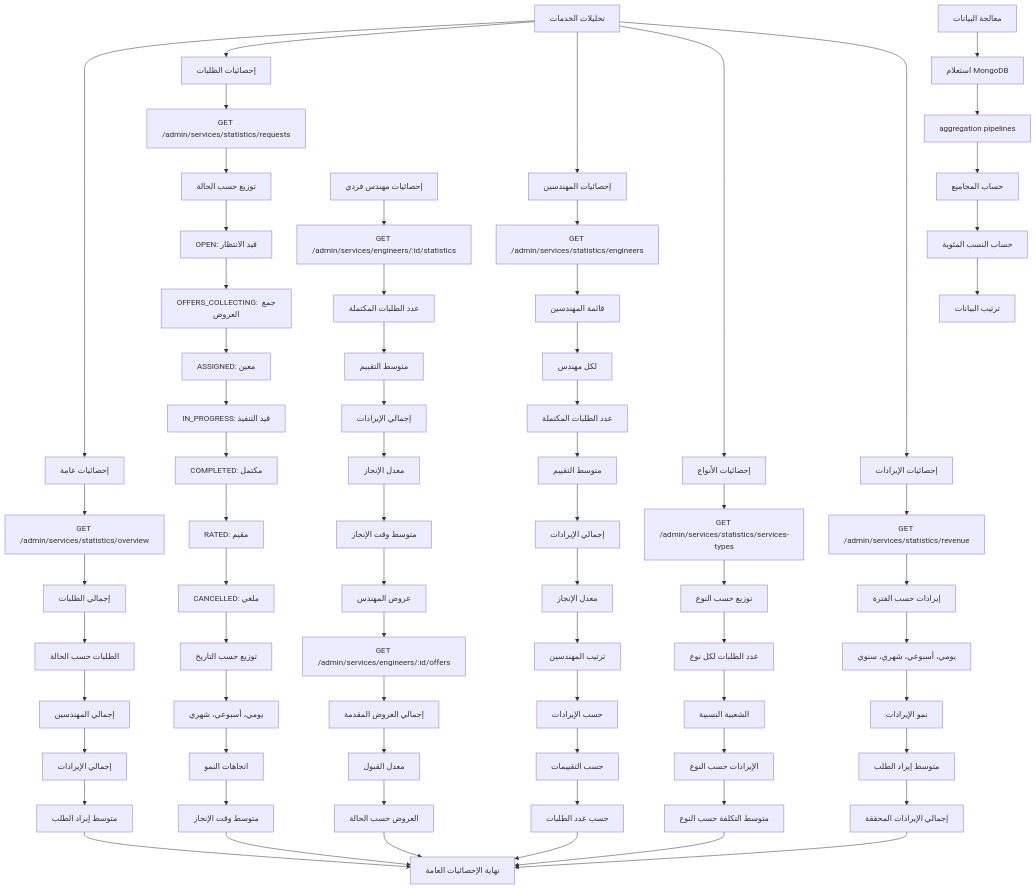
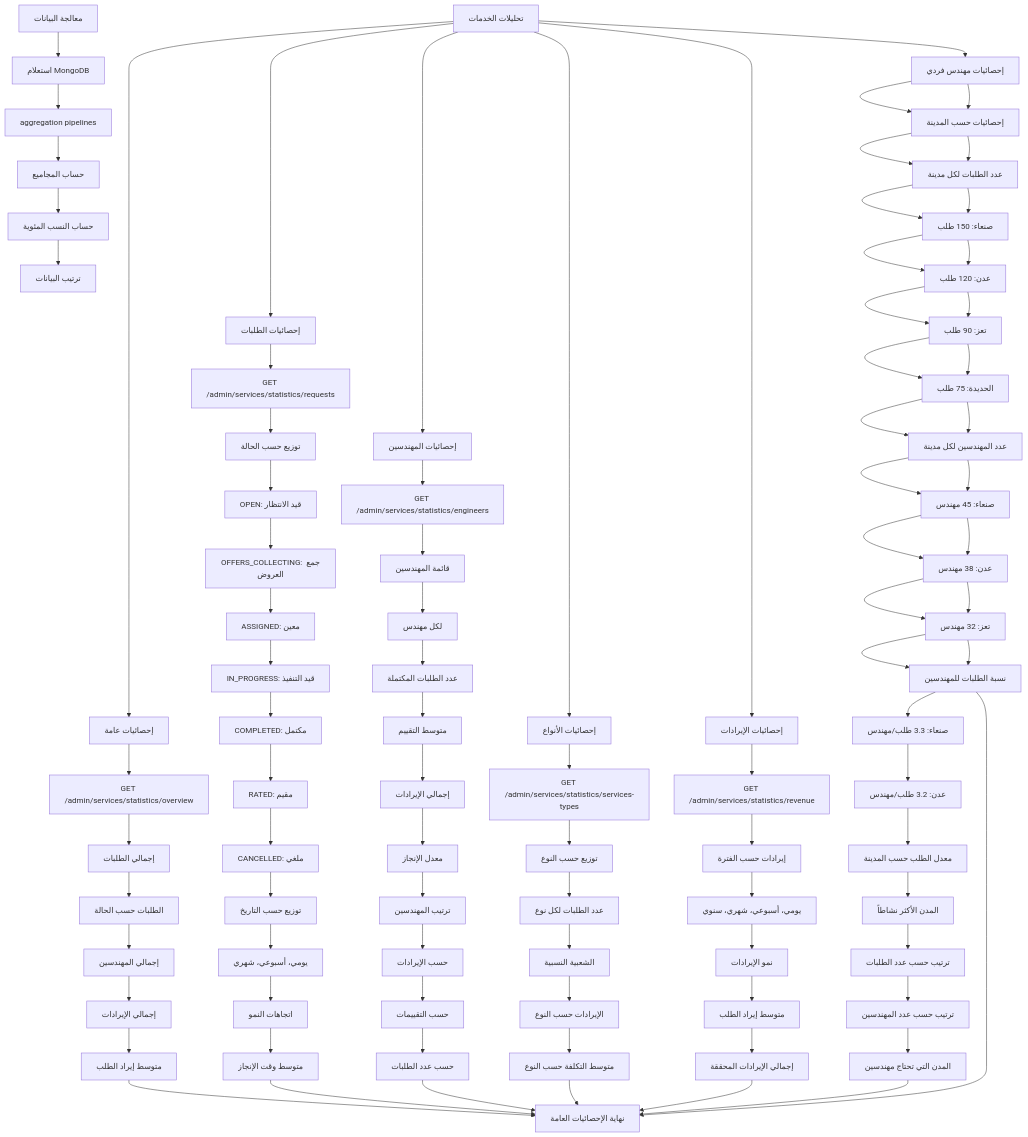
One commit to mpro775/tagdod-project changed the diagram in docs/requirements/flows/services/service-analytics.mmd. Above: the diagram before and after it, drawn with Mermaid. The commit also changed 126 other files, not shown here.

```diff
--- a/docs/requirements/flows/services/service-analytics.mmd
+++ b/docs/requirements/flows/services/service-analytics.mmd
@@ -1,91 +1,116 @@
 %% Service Analytics Flow
 %% View at https://mermaid.live
 flowchart TD
   A[تحليلات الخدمات] --> B[إحصائيات عامة]
   A --> C[إحصائيات الطلبات]
   A --> D[إحصائيات المهندسين]
   A --> E[إحصائيات الأنواع]
   A --> F[إحصائيات الإيرادات]
+  A --> G[إحصائيات المدن ⭐ جديد]
 
   %% Overview Statistics
   B --> B1[GET /admin/services/statistics/overview]
   B1 --> B2[إجمالي الطلبات]
   B2 --> B3[الطلبات حسب الحالة]
   B3 --> B4[إجمالي المهندسين]
   B4 --> B5[إجمالي الإيرادات]
   B5 --> B6[متوسط إيراد الطلب]
 
   %% Request Statistics
   C --> C1[GET /admin/services/statistics/requests]
   C1 --> C2[توزيع حسب الحالة]
   C2 --> C3[OPEN: قيد الانتظار]
   C3 --> C4[OFFERS_COLLECTING: جمع العروض]
   C4 --> C5[ASSIGNED: معين]
   C5 --> C6[IN_PROGRESS: قيد التنفيذ]
   C6 --> C7[COMPLETED: مكتمل]
   C7 --> C8[RATED: مقيم]
   C8 --> C9[CANCELLED: ملغي]
 
   C9 --> C10[توزيع حسب التاريخ]
   C10 --> C11[يومي، أسبوعي، شهري]
   C11 --> C12[اتجاهات النمو]
   C12 --> C13[متوسط وقت الإنجاز]
 
   %% Engineer Statistics
   D --> D1[GET /admin/services/statistics/engineers]
   D1 --> D2[قائمة المهندسين]
   D2 --> D3[لكل مهندس]
   D3 --> D4[عدد الطلبات المكتملة]
   D4 --> D5[متوسط التقييم]
   D5 --> D6[إجمالي الإيرادات]
   D6 --> D7[معدل الإنجاز]
 
   D7 --> D8[ترتيب المهندسين]
   D8 --> D9[حسب الإيرادات]
   D9 --> D10[حسب التقييمات]
   D10 --> D11[حسب عدد الطلبات]
 
   %% Service Types Statistics
   E --> E1[GET /admin/services/statistics/services-types]
   E1 --> E2[توزيع حسب النوع]
   E2 --> E3[عدد الطلبات لكل نوع]
   E3 --> E4[الشعبية النسبية]
   E4 --> E5[الإيرادات حسب النوع]
   E5 --> E6[متوسط التكلفة حسب النوع]
 
   %% Revenue Statistics
   F --> F1[GET /admin/services/statistics/revenue]
   F1 --> F2[إيرادات حسب الفترة]
   F2 --> F3[يومي، أسبوعي، شهري، سنوي]
   F3 --> F4[نمو الإيرادات]
   F4 --> F5[متوسط إيراد الطلب]
   F5 --> F6[إجمالي الإيرادات المحققة]
 
   %% Individual Engineer Stats
   G[إحصائيات مهندس فردي] --> G1[GET /admin/services/engineers/:id/statistics]
   G1 --> G2[عدد الطلبات المكتملة]
   G2 --> G3[متوسط التقييم]
   G3 --> G4[إجمالي الإيرادات]
   G4 --> G5[معدل الإنجاز]
   G5 --> G6[متوسط وقت الإنجاز]
 
   G6 --> G7[عروض المهندس]
   G7 --> G8[GET /admin/services/engineers/:id/offers]
   G8 --> G9[إجمالي العروض المقدمة]
   G9 --> G10[معدل القبول]
   G10 --> G11[العروض حسب الحالة]
 
   %% Data Processing
   H[معالجة البيانات] --> H1[استعلام MongoDB]
   H1 --> H2[aggregation pipelines]
   H2 --> H3[حساب المجاميع]
   H3 --> H4[حساب النسب المئوية]
   H4 --> H5[ترتيب البيانات]
 
+  %% City Statistics ⭐ New
+  G --> G1[إحصائيات حسب المدينة]
+  G1 --> G2[عدد الطلبات لكل مدينة]
+  G2 --> G3[صنعاء: 150 طلب]
+  G3 --> G4[عدن: 120 طلب]
+  G4 --> G5[تعز: 90 طلب]
+  G5 --> G6[الحديدة: 75 طلب]
+  
+  G6 --> G7[عدد المهندسين لكل مدينة]
+  G7 --> G8[صنعاء: 45 مهندس]
+  G8 --> G9[عدن: 38 مهندس]
+  G9 --> G10[تعز: 32 مهندس]
+  
+  G10 --> G11[نسبة الطلبات للمهندسين]
+  G11 --> G12[صنعاء: 3.3 طلب/مهندس]
+  G12 --> G13[عدن: 3.2 طلب/مهندس]
+  G13 --> G14[معدل الطلب حسب المدينة]
+  
+  G14 --> G15[المدن الأكثر نشاطاً]
+  G15 --> G16[ترتيب حسب عدد الطلبات]
+  G16 --> G17[ترتيب حسب عدد المهندسين]
+  G17 --> G18[المدن التي تحتاج مهندسين]
+
   %% End points
   B6 --> I[نهاية الإحصائيات العامة]
   C13 --> I
   D11 --> I
   E6 --> I
   F6 --> I
   G11 --> I
+  G18 --> I
```
